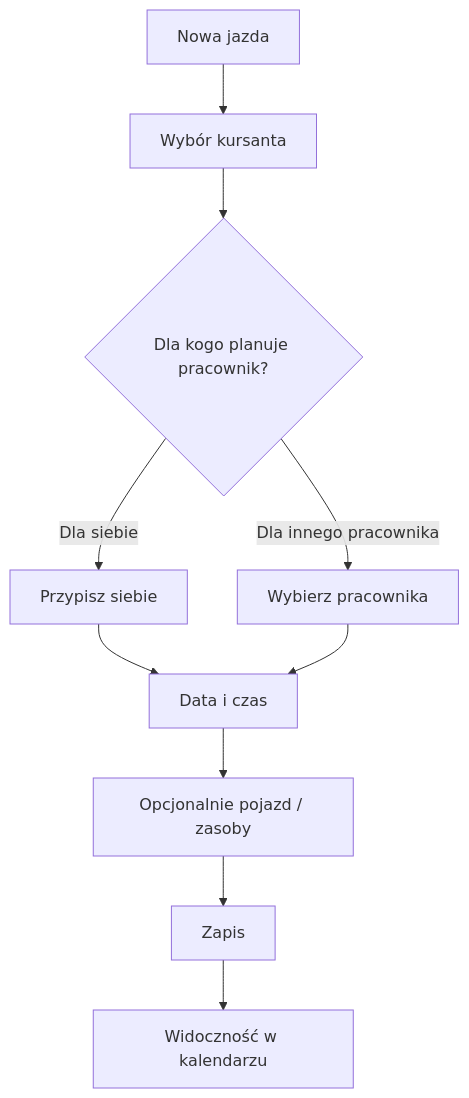
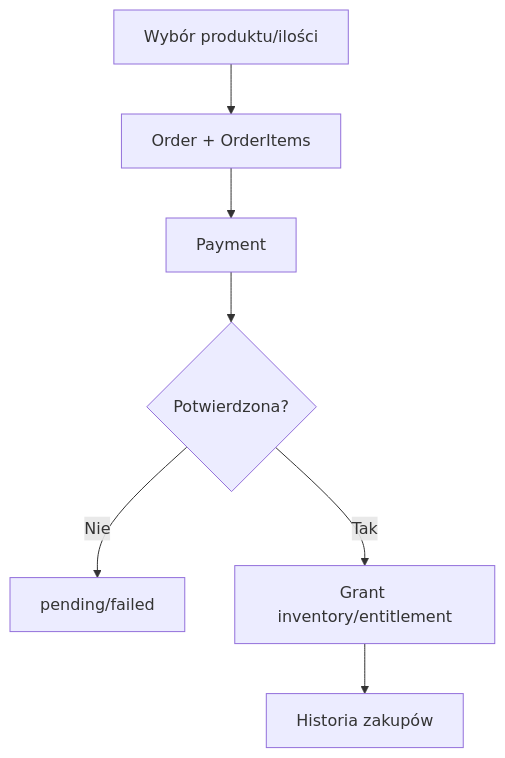
The eighth of 9 diagrams in docs/03-user-flows.md (prawkonaraz100/osk-panel), drawn with Mermaid before and after one commit. The commit also changed other lines of this file, not shown here.

Commit message:
docs: align user flows with consolidated core lifecycle

````diff
--- a/docs/03-user-flows.md
+++ b/docs/03-user-flows.md
@@ -149,12 +190,9 @@
 ```mermaid
 flowchart TD
-A[Nowa jazda] --> B[Wybór kursanta]
-B --> C{Dla kogo planuje pracownik?}
-C -->|Dla siebie| D[Przypisz siebie]
-C -->|Dla innego pracownika| E[Wybierz pracownika]
-D --> F[Data i czas]
-E --> F
-F --> G[Opcjonalnie pojazd / zasoby]
-G --> H[Zapis]
-H --> I[Widoczność w kalendarzu]
+A[Wybór produktu/ilości] --> B[Order + OrderItems]
+B --> C[Payment]
+C --> D{Potwierdzona?}
+D -->|Nie| E[pending/failed]
+D -->|Tak| F[Grant inventory/entitlement]
+F --> G[Historia zakupów]
 ```
````
